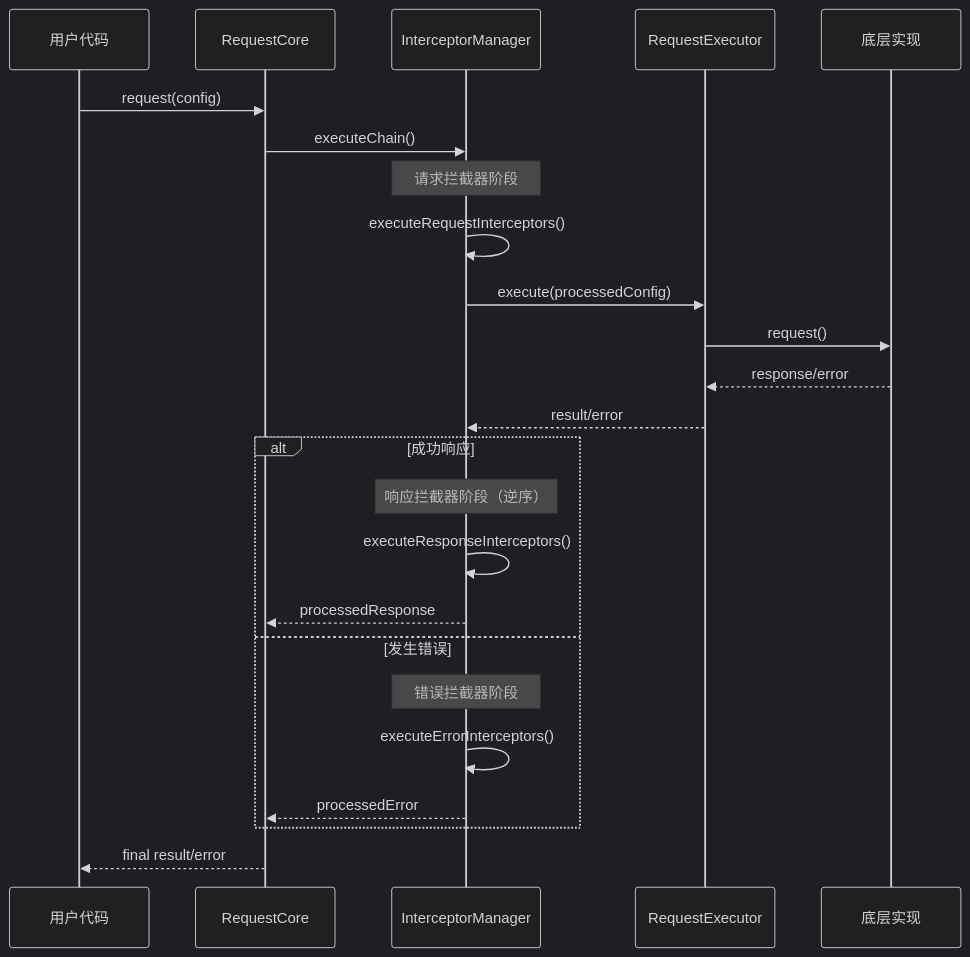
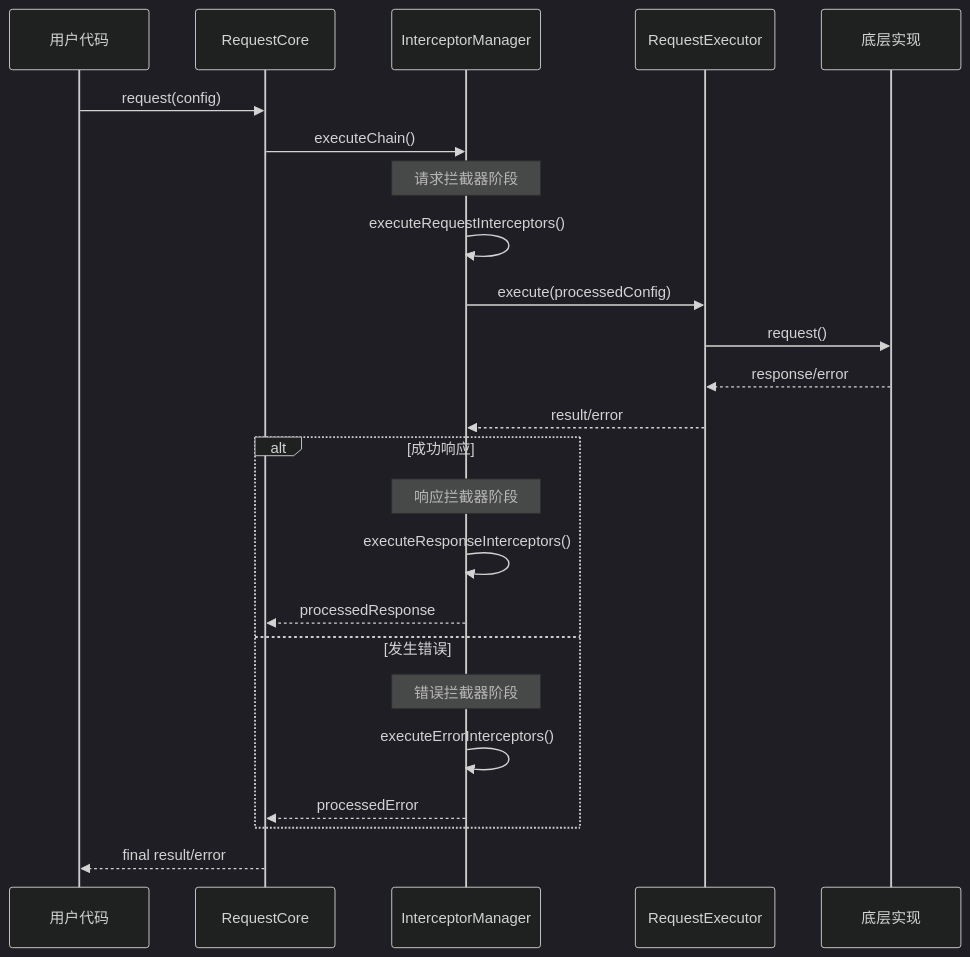
Before and after one commit to warmeaf/gh-request-lib: the second of 2 diagrams in docs/request-lib-docs/concepts/request-lifecycle.md, drawn with Mermaid (dark theme). The commit also changed other lines of this file and 13 other files, not shown here.

````diff
--- a/docs/request-lib-docs/concepts/request-lifecycle.md
+++ b/docs/request-lib-docs/concepts/request-lifecycle.md
@@ -243,31 +230,31 @@
 ```mermaid
 sequenceDiagram
     participant User as 用户代码
     participant Core as RequestCore
     participant IM as InterceptorManager
     participant Exec as RequestExecutor
     participant Impl as 底层实现
     
     User->>Core: request(config)
     Core->>IM: executeChain()
     
     Note over IM: 请求拦截器阶段
     IM->>IM: executeRequestInterceptors()
     
     IM->>Exec: execute(processedConfig)
     Exec->>Impl: request()
     Impl-->>Exec: response/error
     Exec-->>IM: result/error
     
     alt 成功响应
-        Note over IM: 响应拦截器阶段（逆序）
+        Note over IM: 响应拦截器阶段
         IM->>IM: executeResponseInterceptors()
         IM-->>Core: processedResponse
     else 发生错误
         Note over IM: 错误拦截器阶段
         IM->>IM: executeErrorInterceptors()
         IM-->>Core: processedError
     end
     
     Core-->>User: final result/error
 ```
````
